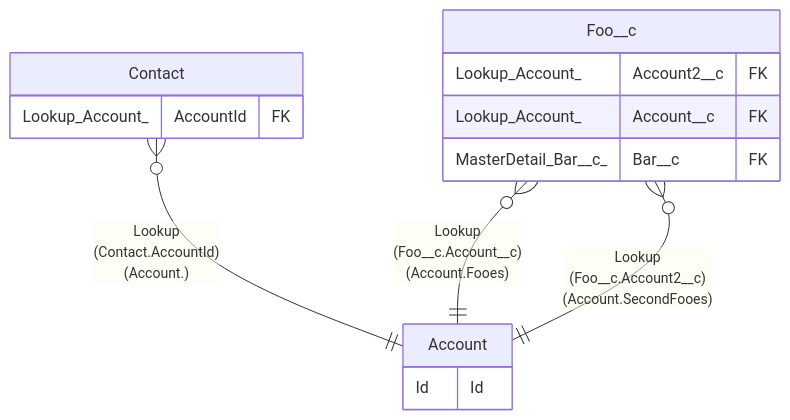
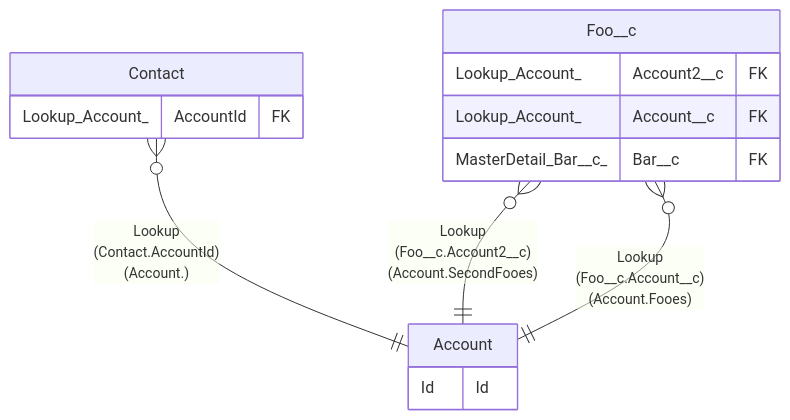
Before and after one commit to shellyln/tbls-driver-sf-cli-meta: the diagram in sample/Contact.md, drawn with Mermaid. The commit also changed other lines of this file and 13 other files, not shown here.

````diff
--- a/sample/Contact.md
+++ b/sample/Contact.md
@@ -59,25 +67,25 @@
 ```mermaid
 erDiagram
 
 "Contact" }o--|| "Account" : "Lookup
 (Contact.AccountId)
 (Account.)"
 "Foo__c" }o--|| "Account" : "Lookup
+(Foo__c.Account2__c)
+(Account.SecondFooes)"
+"Foo__c" }o--|| "Account" : "Lookup
 (Foo__c.Account__c)
 (Account.Fooes)"
-"Foo__c" }o--|| "Account" : "Lookup
-(Foo__c.Account2__c)
-(Account.SecondFooes)"
 
 "Contact" {
   Lookup_Account_ AccountId FK
 }
 "Account" {
   Id Id
 }
 "Foo__c" {
   Lookup_Account_ Account2__c FK
   Lookup_Account_ Account__c FK
   MasterDetail_Bar__c_ Bar__c FK
 }
 ```
````
